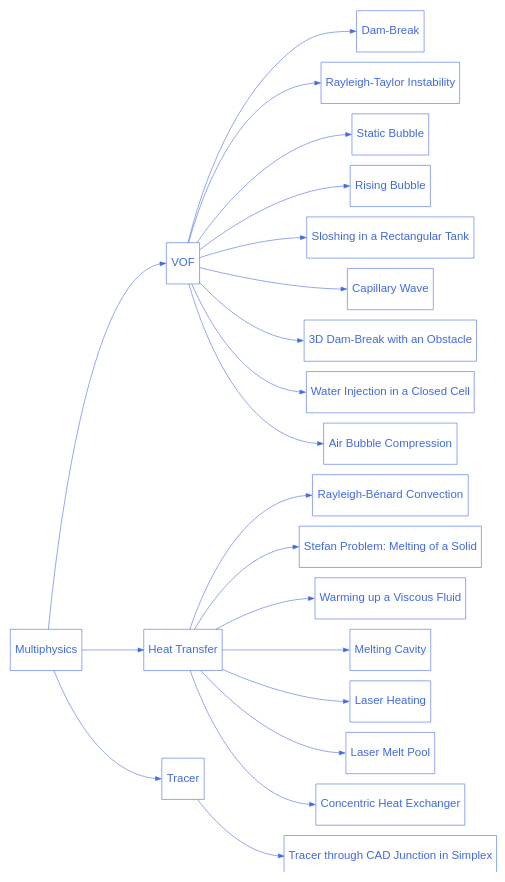
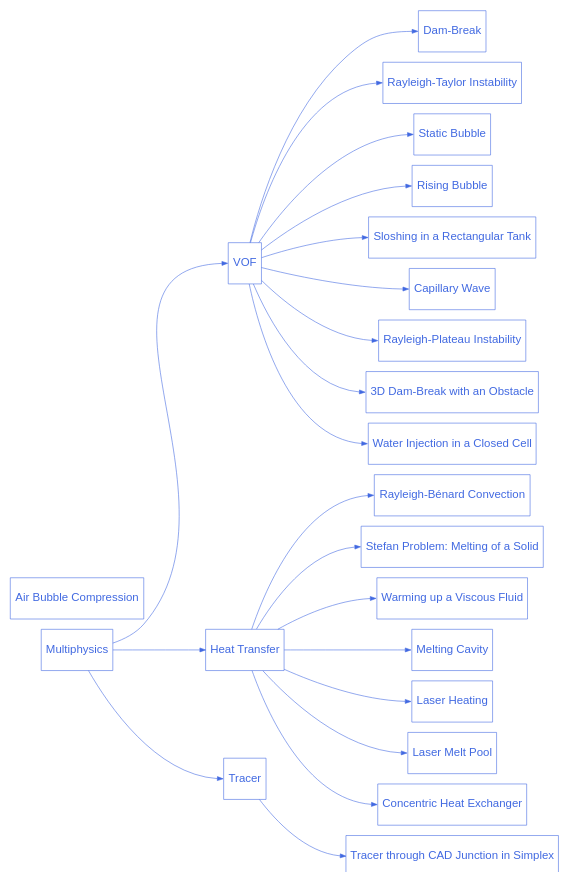
Before and after one commit to chaos-polymtl/lethe: the diagram in doc/source/examples/multiphysics/multiphysics.rst, drawn with Graphviz.

Commit message:
Add Rayleigh-Plateau example to Multiphysics diagram

```diff
--- a/doc/source/examples/multiphysics/multiphysics.rst
+++ b/doc/source/examples/multiphysics/multiphysics.rst
@@ -14,75 +14,77 @@
 .. graphviz:: 
 
     digraph multiphysics_diagram {
       graph [bgcolor="transparent", align=true, ranksep=1.5];
       node [fontname=Arial, fontsize=20, shape=box, fontcolor=royalblue, color=royalblue, height=1];
       edge [color=royalblue];
       rankdir="LR";
       size = "9,9";
 
       multiphysics [label="Multiphysics", href="https://chaos-polymtl.github.io/lethe/documentation/examples/multiphysics/multiphysics.html"];
 
       multiphysics_1 [label="VOF", href="https://chaos-polymtl.github.io/lethe/documentation/examples/multiphysics/vof.html"];  
 
       multiphysics_1_1 [label="Dam-Break", href="https://chaos-polymtl.github.io/lethe/documentation/examples/multiphysics/dam-break/dam-break.html"];
 
       multiphysics_1_2 [label="Rayleigh-Taylor Instability", href="https://chaos-polymtl.github.io/lethe/documentation/examples/multiphysics/rayleigh-taylor-instability/rayleigh-taylor-instability.html"];
 
       multiphysics_1_3 [label="Static Bubble", href="https://chaos-polymtl.github.io/lethe/documentation/examples/multiphysics/static-bubble/static-bubble.html"];
 
       multiphysics_1_4 [label="Rising Bubble", href="https://chaos-polymtl.github.io/lethe/documentation/examples/multiphysics/rising-bubble/rising-bubble.html"];
 
       multiphysics_1_5 [label="Sloshing in a Rectangular Tank", href="https://chaos-polymtl.github.io/lethe/documentation/examples/multiphysics/sloshing-in-rectangular-tank/sloshing-in-rectangular-tank.html"];
 
       multiphysics_1_6 [label="Capillary Wave", href="https://chaos-polymtl.github.io/lethe/documentation/examples/multiphysics/capillary-wave/capillary-wave.html"];
 
-      multiphysics_1_7 [label="3D Dam-Break with an Obstacle", href="https://chaos-polymtl.github.io/lethe/documentation/examples/multiphysics/3d-dam-break/3d-dam-break.html"];
+      multiphysics_1_7 [label="Rayleigh-Plateau Instability", href="https://chaos-polymtl.github.io/lethe/documentation/examples/multiphysics/rayleigh-plateau-instability/rayleigh-plateau-instability.html"];
 
-      multiphysics_1_8 [label="Water Injection in a Closed Cell", href="https://chaos-polymtl.github.io/lethe/documentation/examples/multiphysics/water-injection-in-a-closed-cell/water-injection-in-a-closed-cell.html"];
+      multiphysics_1_8 [label="3D Dam-Break with an Obstacle", href="https://chaos-polymtl.github.io/lethe/documentation/examples/multiphysics/3d-dam-break/3d-dam-break.html"];
 
-      multiphysics_1_9 [label="Air Bubble Compression", href="https://chaos-polymtl.github.io/lethe/documentation/examples/multiphysics/air-bubble-compression/air-bubble-compression.html"];
+      multiphysics_1_9 [label="Water Injection in a Closed Cell", href="https://chaos-polymtl.github.io/lethe/documentation/examples/multiphysics/water-injection-in-a-closed-cell/water-injection-in-a-closed-cell.html"];
+
+      multiphysics_1_10 [label="Air Bubble Compression", href="https://chaos-polymtl.github.io/lethe/documentation/examples/multiphysics/air-bubble-compression/air-bubble-compression.html"];
 
       multiphysics_2 [label="Heat Transfer", href="https://chaos-polymtl.github.io/lethe/documentation/examples/multiphysics/heat-transfer.html"];
 
       multiphysics_2_1 [label="Rayleigh-Bénard Convection", href="https://chaos-polymtl.github.io/lethe/documentation/examples/multiphysics/rayleigh-benard-convection/rayleigh-benard-convection.html"];
 
       multiphysics_2_2 [label="Stefan Problem: Melting of a Solid", href="https://chaos-polymtl.github.io/lethe/documentation/examples/multiphysics/stefan-problem/stefan-problem.html"];
 
       multiphysics_2_3 [label="Warming up a Viscous Fluid", href="https://chaos-polymtl.github.io/lethe/documentation/examples/multiphysics/warming-up-a-viscous-fluid/warming-up-a-viscous-fluid.html"];
 
       multiphysics_2_4 [label="Melting Cavity", href="https://chaos-polymtl.github.io/lethe/documentation/examples/multiphysics/melting-cavity/melting-cavity.html"];
 
       multiphysics_2_5 [label="Laser Heating", href="https://chaos-polymtl.github.io/lethe/documentation/examples/multiphysics/laser-heating/laser-heating.html"];
 
       multiphysics_2_6 [label="Laser Melt Pool", href="https://chaos-polymtl.github.io/lethe/documentation/examples/multiphysics/laser-melt-pool/laser-melt-pool.html"];
 
       multiphysics_2_7 [label="Concentric Heat Exchanger", href="https://chaos-polymtl.github.io/lethe/documentation/examples/multiphysics/concentric-heat-exchanger/concentric-heat-exchanger.html"];
 
       multiphysics_3 [label="Tracer", href="https://chaos-polymtl.github.io/lethe/documentation/examples/multiphysics/tracer.html"];  
 
       multiphysics_3_1 [label="Tracer through CAD Junction in Simplex", href="https://chaos-polymtl.github.io/lethe/documentation/examples/multiphysics/tracer-through-cad-junction/tracer-through-cad-junction.html"];
 
       multiphysics -> multiphysics_1:w;
       multiphysics -> multiphysics_2:w;
       multiphysics -> multiphysics_3:w;
 
       multiphysics_1 -> multiphysics_1_1:w;
       multiphysics_1 -> multiphysics_1_2:w;
       multiphysics_1 -> multiphysics_1_3:w;
       multiphysics_1 -> multiphysics_1_4:w;
       multiphysics_1 -> multiphysics_1_5:w;
       multiphysics_1 -> multiphysics_1_6:w;
       multiphysics_1 -> multiphysics_1_7:w;
       multiphysics_1 -> multiphysics_1_8:w;
       multiphysics_1 -> multiphysics_1_9:w;
 
       multiphysics_2 -> multiphysics_2_1:w;
       multiphysics_2 -> multiphysics_2_2:w;
       multiphysics_2 -> multiphysics_2_3:w;
       multiphysics_2 -> multiphysics_2_4:w;
       multiphysics_2 -> multiphysics_2_5:w;
       multiphysics_2 -> multiphysics_2_6:w;
       multiphysics_2 -> multiphysics_2_7:w;
 
       multiphysics_3 -> multiphysics_3_1:w;
     }
```
